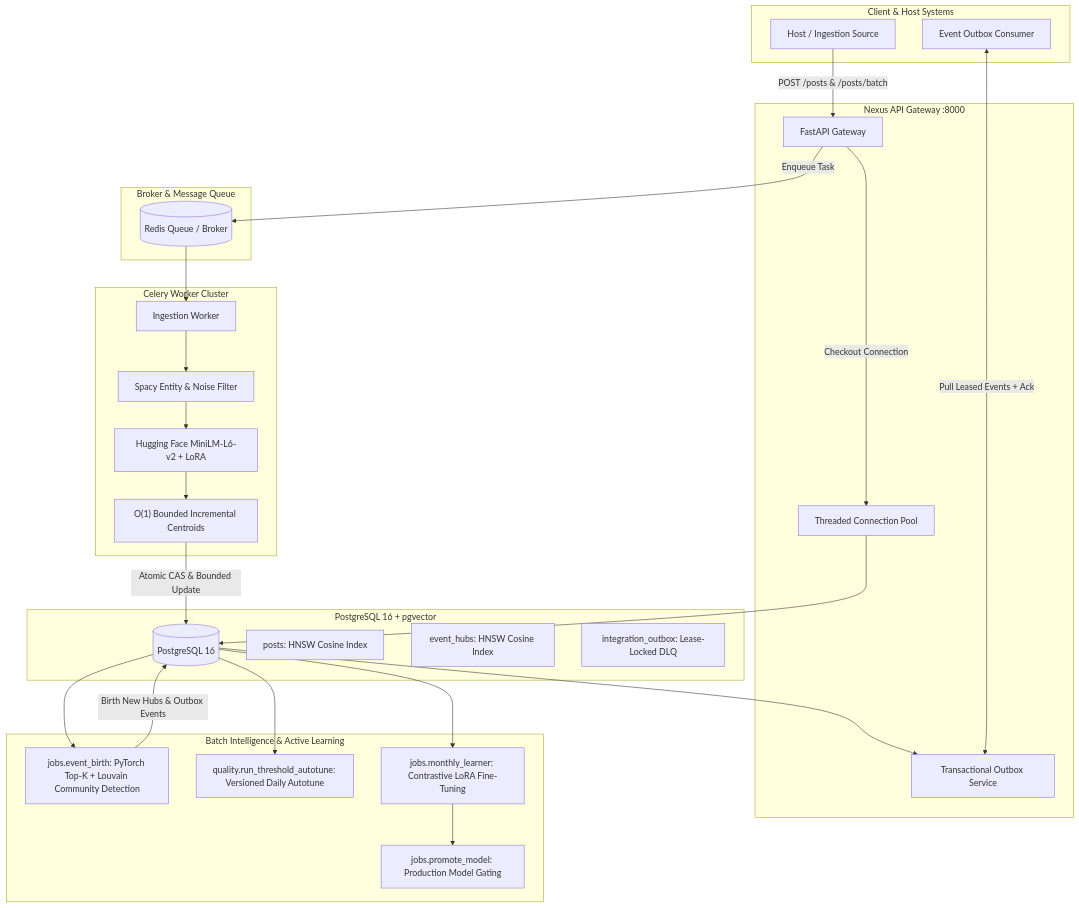
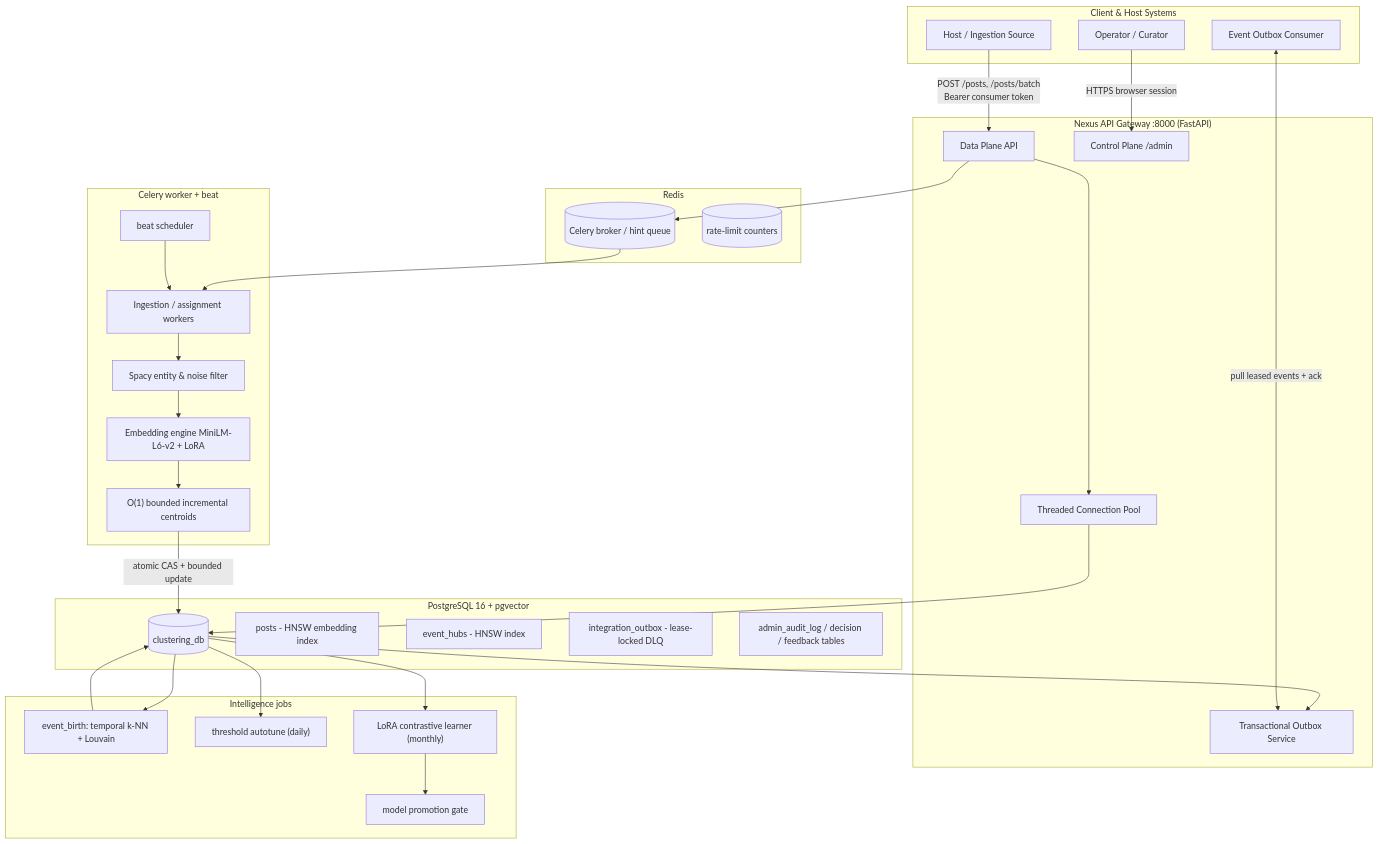
The diagram in README.md (saleke/nexus), drawn with Mermaid before and after one commit. The commit also changed other lines of this file and 33 other files, not shown here.

Commit message:
update post_clustering_pipline

````diff
--- a/README.md
+++ b/README.md
@@ -29,59 +43,59 @@
 ```mermaid
 flowchart TD
     subgraph ClientLayer [Client & Host Systems]
         Client[Host / Ingestion Source]
         Consumer[Event Outbox Consumer]
+        Owner[Operator / Curator]
     end
 
-    subgraph IngestionGateway ["Nexus API Gateway :8000"]
-        API[FastAPI Gateway]
+    subgraph Gateway ["Nexus API Gateway :8000 (FastAPI)"]
+        API[Data Plane API]
+        Admin[Control Plane /admin]
         Pool[Threaded Connection Pool]
         OutboxAPI[Transactional Outbox Service]
     end
 
-    subgraph QueueBroker [Broker & Message Queue]
-        RedisQueue[(Redis Queue / Broker)]
+    subgraph Broker [Redis]
+        Queue[(Celery broker / hint queue)]
+        Ratelimit[(rate-limit counters)]
     end
 
-    subgraph IngestionWorker [Celery Worker Cluster]
-        Worker[Ingestion Worker]
-        NLP[Spacy Entity & Noise Filter]
-        ModelEngine["Hugging Face MiniLM-L6-v2 + LoRA"]
-        CentroidCalc["O(1) Bounded Incremental Centroids"]
+    subgraph Workers [Celery worker + beat]
+        Worker[Ingestion / assignment workers]
+        NLP[Spacy entity & noise filter]
+        Model[Embedding engine MiniLM-L6-v2 + LoRA]
+        Centroid["O(1) bounded incremental centroids"]
+        Beat[beat scheduler]
     end
 
-    subgraph StorageLayer [PostgreSQL 16 + pgvector]
-        DB[(PostgreSQL 16)]
-        PostsTable[posts: HNSW Cosine Index]
-        HubsTable[event_hubs: HNSW Cosine Index]
-        OutboxTable[integration_outbox: Lease-Locked DLQ]
+    subgraph Storage [PostgreSQL 16 + pgvector]
+        DB[(clustering_db)]
+        Posts[posts - HNSW embedding index]
+        Hubs[event_hubs - HNSW index]
+        Outbox[integration_outbox - lease-locked DLQ]
+        Audit[admin_audit_log / decision / feedback tables]
     end
 
-    subgraph BatchEngine [Batch Intelligence & Active Learning]
-        BirthJob["jobs.event_birth: PyTorch Top-K + Louvain Community Detection"]
-        WeeklyJob["quality.run_threshold_autotune: Versioned Daily Autotune"]
-        MonthlyJob["jobs.monthly_learner: Contrastive LoRA Fine-Tuning"]
-        PromoteJob[jobs.promote_model: Production Model Gating]
+    subgraph Jobs [Intelligence jobs]
+        Birth["event_birth: temporal k-NN + Louvain"]
+        Autotune["threshold autotune (daily)"]
+        Learner["LoRA contrastive learner (monthly)"]
+        Promote["model promotion gate"]
     end
 
-    Client -->|POST /posts & /posts/batch| API
-    API -->|Checkout Connection| Pool
+    Client -->|POST /posts, /posts/batch<br>Bearer consumer token| API
+    Owner -->|HTTPS browser session| Admin
+    API --> Pool
     Pool --> DB
-    API -->|Enqueue Task| RedisQueue
-    RedisQueue --> Worker
-    Worker --> NLP
-    NLP --> ModelEngine
-    ModelEngine --> CentroidCalc
-    CentroidCalc -->|Atomic CAS & Bounded Update| DB
-
-    DB --> BirthJob
-    BirthJob -->|Birth New Hubs & Outbox Events| DB
-
+    API --> Queue
+    Queue --> Worker
+    Worker --> NLP --> Model --> Centroid
+    Centroid -->|atomic CAS + bounded update| DB
+    DB --> Birth --> DB
     DB --> OutboxAPI
-    Consumer <-->|Pull Leased Events + Ack| OutboxAPI
-
-    DB --> WeeklyJob
-    DB --> MonthlyJob
-    MonthlyJob --> PromoteJob
-
+    Consumer <-->|pull leased events + ack| OutboxAPI
+    DB --> Autotune
+    DB --> Learner
+    Learner --> Promote
+    Beat --> Worker
 ```
````
